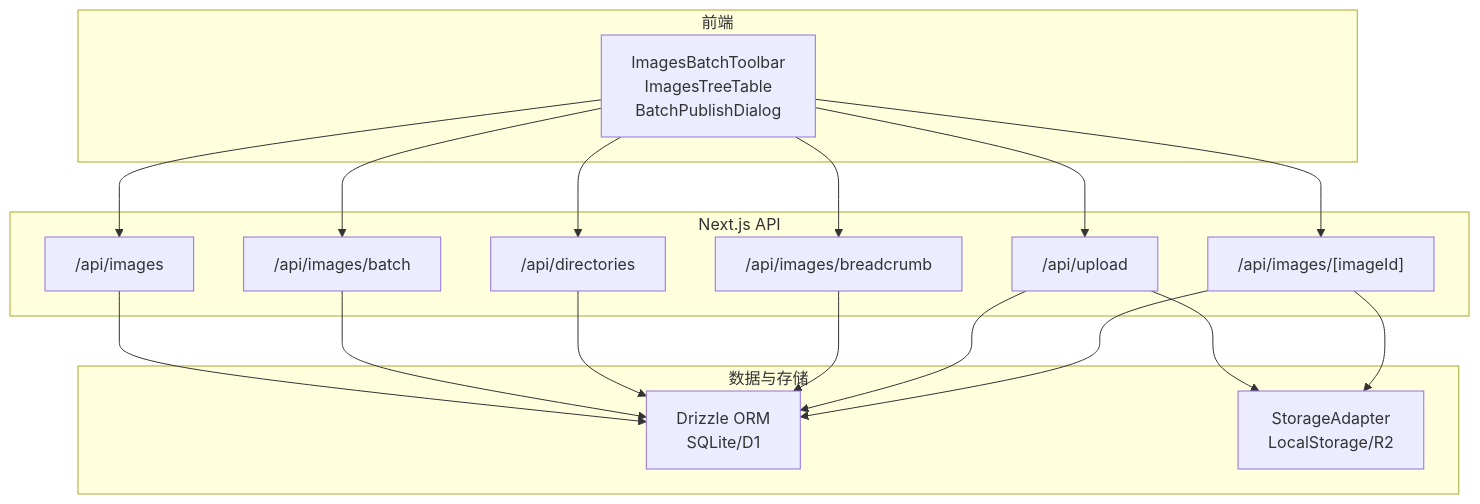
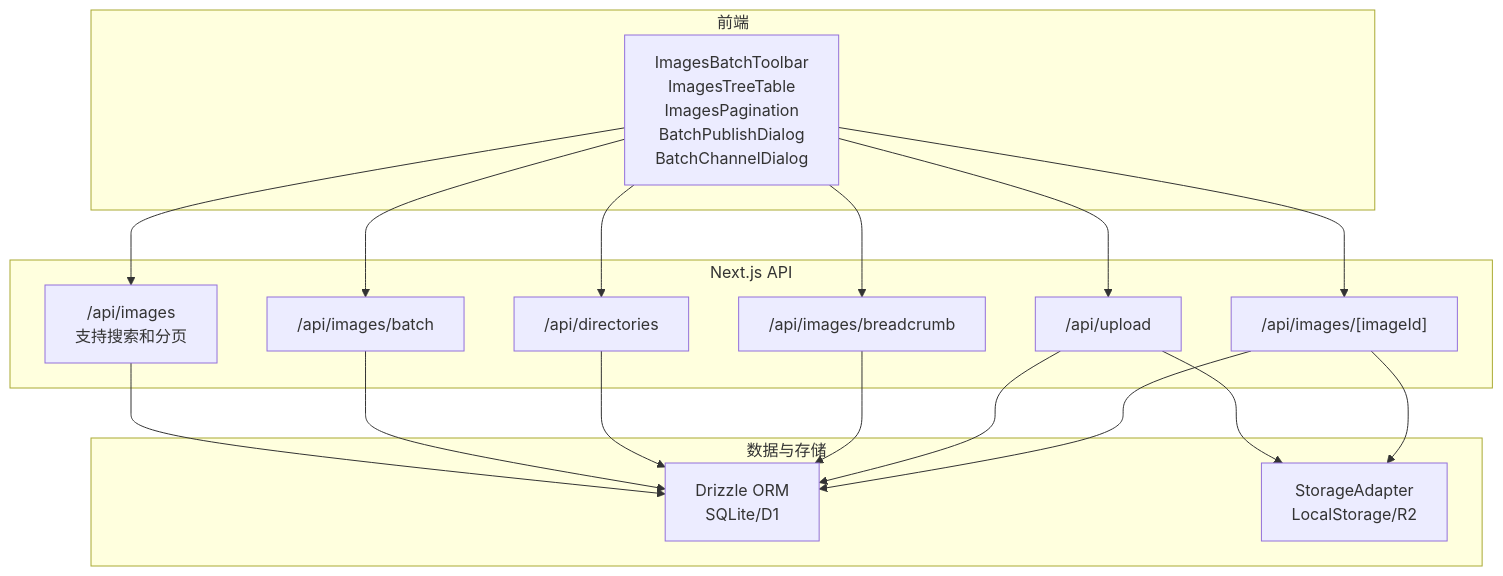
Before and after one commit to pnnh/weable: the first of 14 diagrams in .qoder/repowiki/zh/content/功能特性/图片管理/批量图片管理.md, drawn with Mermaid. The commit also changed other lines of this file and 154 other files, not shown here.

````diff
--- a/.qoder/repowiki/zh/content/功能特性/图片管理/批量图片管理.md
+++ b/.qoder/repowiki/zh/content/功能特性/图片管理/批量图片管理.md
@@ -41,32 +51,32 @@
 ```mermaid
 graph TB
 subgraph "前端"
-UI["ImagesBatchToolbar<br/>ImagesTreeTable<br/>BatchPublishDialog"]
+UI["ImagesBatchToolbar<br/>ImagesTreeTable<br/>ImagesPagination<br/>BatchPublishDialog<br/>BatchChannelDialog"]
 end
 subgraph "Next.js API"
-IMG_LIST["/api/images"]
+IMG_LIST["/api/images<br/>支持搜索和分页"]
 IMG_BATCH["/api/images/batch"]
 DIR_CREATE["/api/directories"]
 BREADCRUMB["/api/images/breadcrumb"]
 UPLOAD["/api/upload"]
 IMG_DETAIL["/api/images/[imageId]"]
 end
 subgraph "数据与存储"
 DB["Drizzle ORM<br/>SQLite/D1"]
 STORE["StorageAdapter<br/>LocalStorage/R2"]
 end
 UI --> IMG_LIST
 UI --> IMG_BATCH
 UI --> DIR_CREATE
 UI --> BREADCRUMB
 UI --> UPLOAD
 UI --> IMG_DETAIL
 IMG_LIST --> DB
 IMG_BATCH --> DB
 DIR_CREATE --> DB
 BREADCRUMB --> DB
 UPLOAD --> STORE
 UPLOAD --> DB
 IMG_DETAIL --> DB
 IMG_DETAIL --> STORE
 ```
````
